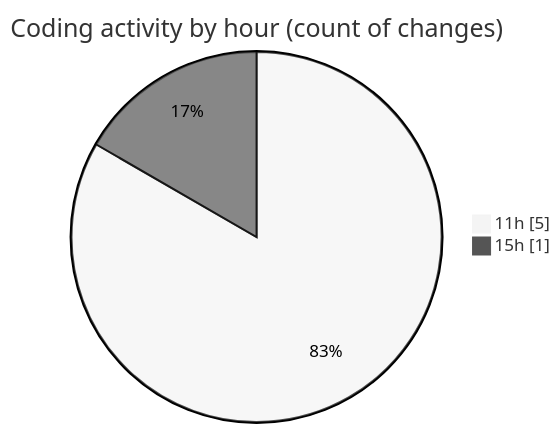
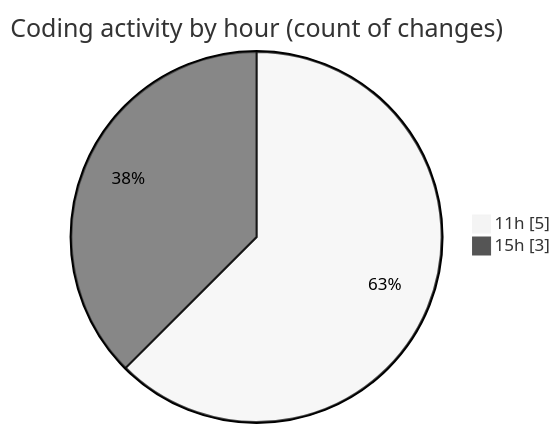
One commit to ricardozamudiocil/code-tracking changed the second of 2 diagrams in 2026-03-30/cilapp/README.md. Above: the diagram before and after it, drawn with Mermaid (neutral theme). The commit also changed other lines of this file and 1 other file, not shown here.

````diff
--- a/2026-03-30/cilapp/README.md
+++ b/2026-03-30/cilapp/README.md
@@ -32,6 +33,6 @@
 ```mermaid
 pie showData
 title Coding activity by hour (count of changes)
 "11h" : 5
-"15h" : 1
+"15h" : 3
 ```
````
